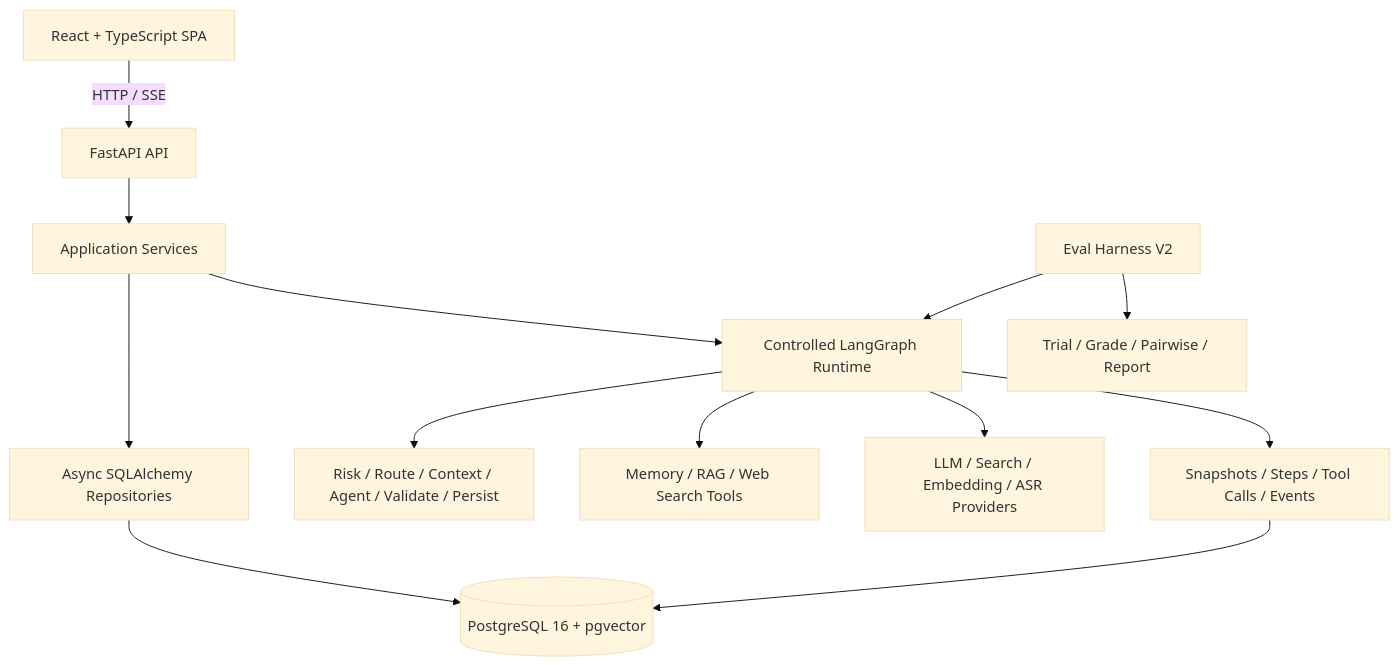
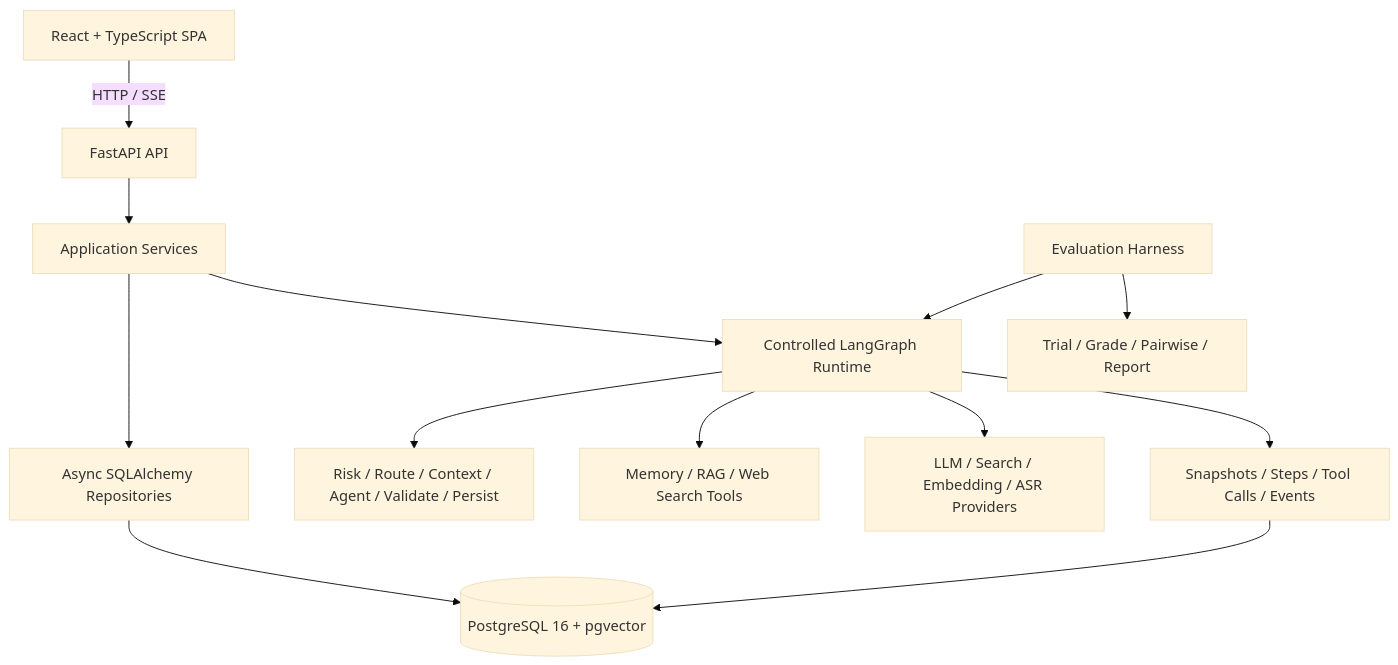
One commit to lyyjsr/career-planning-buddy changed the diagram in README.md. Above: the diagram before and after it, drawn with Mermaid (base theme). The commit also changed other lines of this file and 8 other files, not shown here.

````diff
--- a/README.md
+++ b/README.md
@@ -55,17 +71,17 @@
 ```mermaid
 flowchart TB
     UI[React + TypeScript SPA] -->|HTTP / SSE| API[FastAPI API]
     API --> SVC[Application Services]
     SVC --> REPO[Async SQLAlchemy Repositories]
     REPO --> DB[(PostgreSQL 16 + pgvector)]
 
     SVC --> RT[Controlled LangGraph Runtime]
     RT --> NODES[Risk / Route / Context / Agent / Validate / Persist]
     RT --> TOOLS[Memory / RAG / Web Search Tools]
     RT --> PROVIDERS[LLM / Search / Embedding / ASR Providers]
 
     RT --> TRACE[Snapshots / Steps / Tool Calls / Events]
     TRACE --> DB
-    EVAL[Eval Harness V2] --> RT
+    EVAL[Evaluation Harness] --> RT
     EVAL --> REPORT[Trial / Grade / Pairwise / Report]
 ```
````
